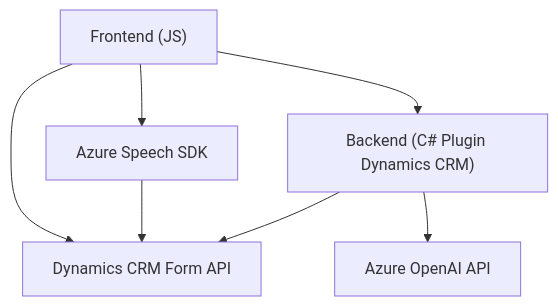
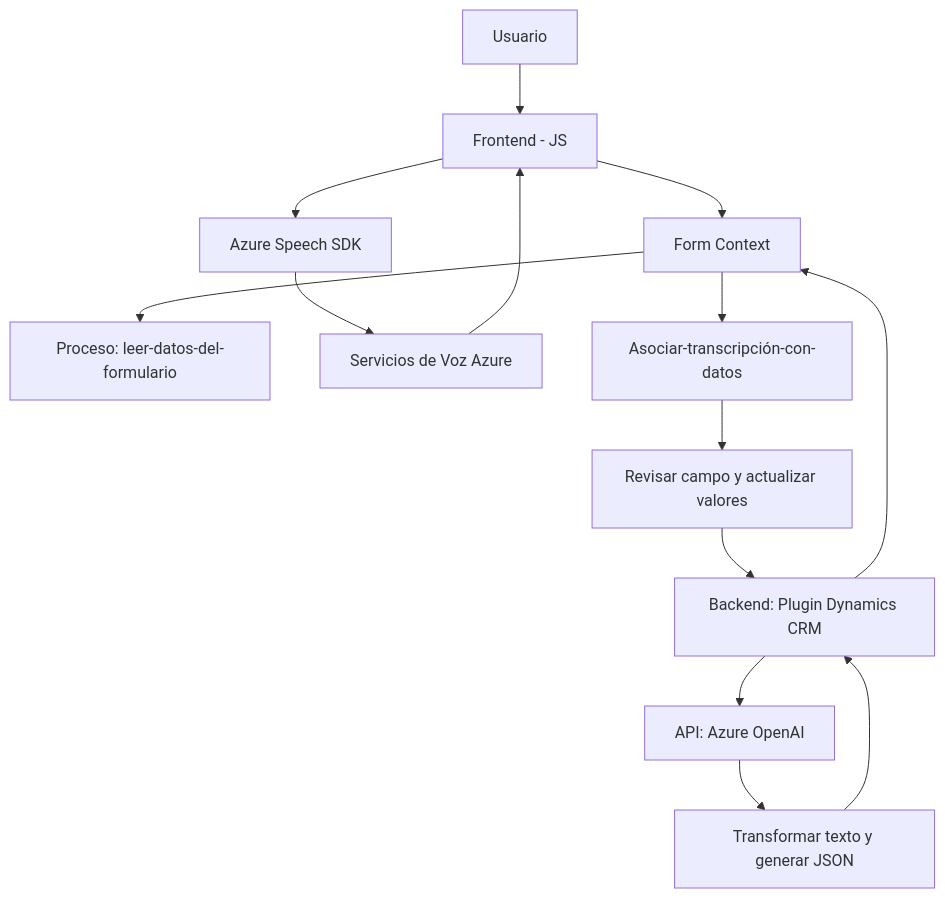
Before and after one commit to blopezdm/NETCORE_BILBAO2025: the diagram in README.md, drawn with Mermaid. The commit also changed other lines of this file, not shown here.

Commit message:
Actualizar análisis global de la solución con IA

````diff
--- a/README.md
+++ b/README.md
@@ -44,15 +30,16 @@
 ```mermaid
 graph TD
-    A["Frontend (JS)"]
-    B["Backend (C# Plugin Dynamics CRM)"]
-    C["Azure Speech SDK"]
-    D["Dynamics CRM Form API"]
-    E["Azure OpenAI API"]
-
-    A --> C
-    A --> D
-    C --> D
-    B --> D
-    B --> E
-    A --> B
+    A["Usuario"] --> B["Frontend - JS"]
+    B["Frontend - JS"] --> C["Azure Speech SDK"]
+    B --> D["Form Context"]
+    D --> E["Proceso: leer-datos-del-formulario"]
+    C --> F["Servicios de Voz Azure"]
+    F --> B
+    D --> G["Asociar-transcripción-con-datos"]
+    G --> H["Revisar campo y actualizar valores"]
+    H --> I["Backend: Plugin Dynamics CRM"]
+    I --> J["API: Azure OpenAI"]
+    J --> K["Transformar texto y generar JSON"]
+    K --> I
+    I --> D
 ```
````
